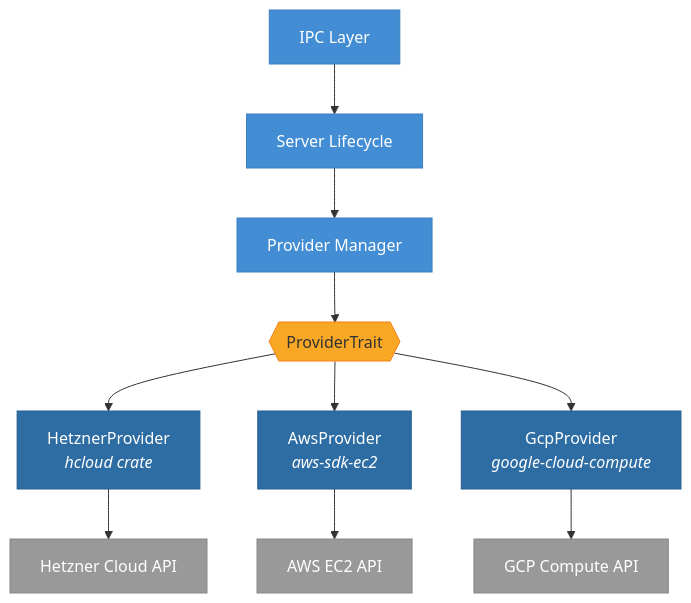
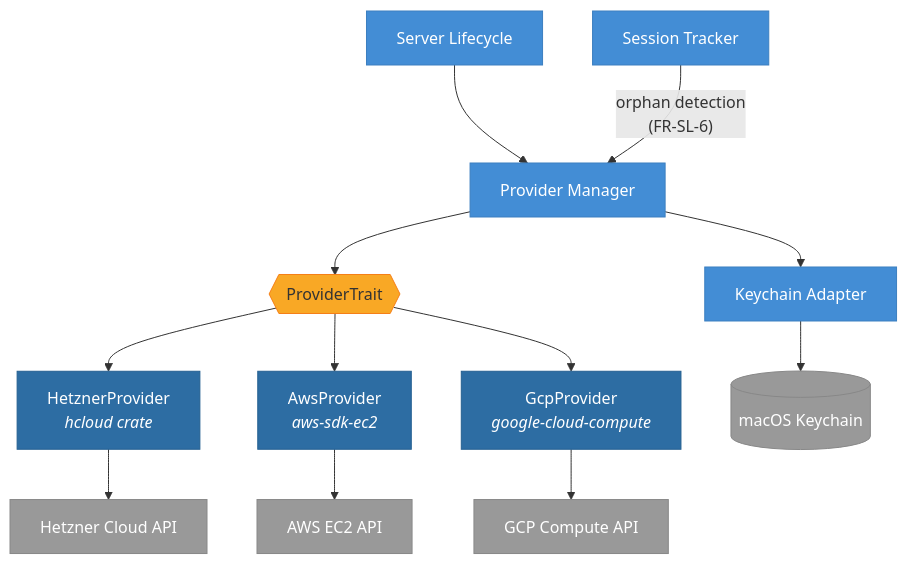
The diagram in docs/adr/0002-use-rust-sdk-for-cloud-providers.md (saemanas/oh-my-vpn), drawn with Mermaid before and after one commit. The commit also changed other lines of this file and 12 other files, not shown here.

````diff
--- a/docs/adr/0002-use-rust-sdk-for-cloud-providers.md
+++ b/docs/adr/0002-use-rust-sdk-for-cloud-providers.md
@@ -47,25 +47,28 @@
 ```mermaid
 flowchart TD
-    ipc[IPC Layer] --> serverLifecycle[Server Lifecycle]
-    serverLifecycle --> providerManager[Provider Manager]
+    serverLifecycle[Server Lifecycle] --> providerManager[Provider Manager]
+    sessionTracker[Session Tracker] -->|"orphan detection<br/>(FR-SL-6)"| providerManager
 
+    providerManager --> keychainAdapter[Keychain Adapter]
     providerManager --> trait{{"ProviderTrait"}}
 
     trait --> hetzner["HetznerProvider<br/><i>hcloud crate</i>"]
     trait --> aws["AwsProvider<br/><i>aws-sdk-ec2</i>"]
     trait --> gcp["GcpProvider<br/><i>google-cloud-compute</i>"]
 
     hetzner --> hetznerApi["Hetzner Cloud API"]
     aws --> awsApi["AWS EC2 API"]
     gcp --> gcpApi["GCP Compute API"]
 
+    keychainAdapter --> keychain[("macOS Keychain")]
+
     classDef module fill:#438dd5,stroke:#3c7fc0,color:#fff
     classDef sdk fill:#2d6da3,stroke:#256091,color:#fff
     classDef external fill:#999,stroke:#888,color:#fff
     classDef trait fill:#f9a825,stroke:#f57f17,color:#333
 
-    class ipc,serverLifecycle,providerManager module
+    class serverLifecycle,sessionTracker,providerManager,keychainAdapter module
     class hetzner,aws,gcp sdk
-    class hetznerApi,awsApi,gcpApi external
+    class hetznerApi,awsApi,gcpApi,keychain external
     class trait trait
 ```
````
